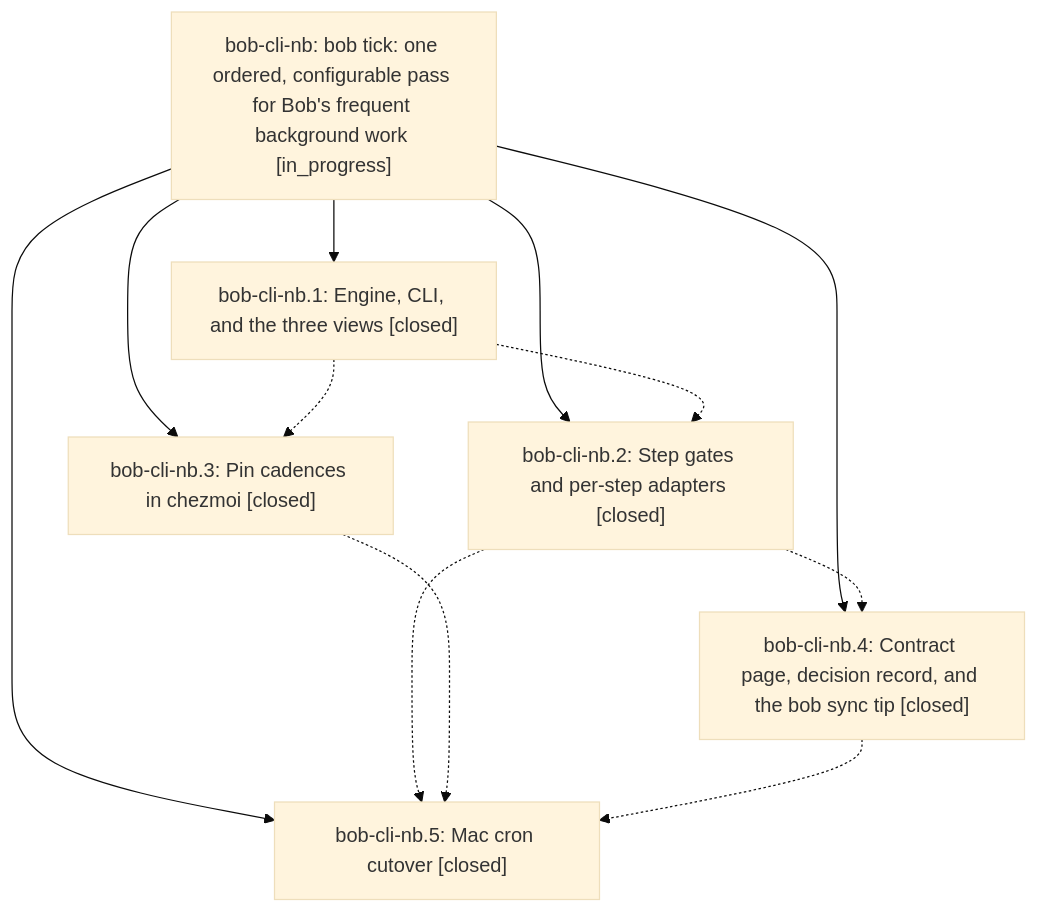
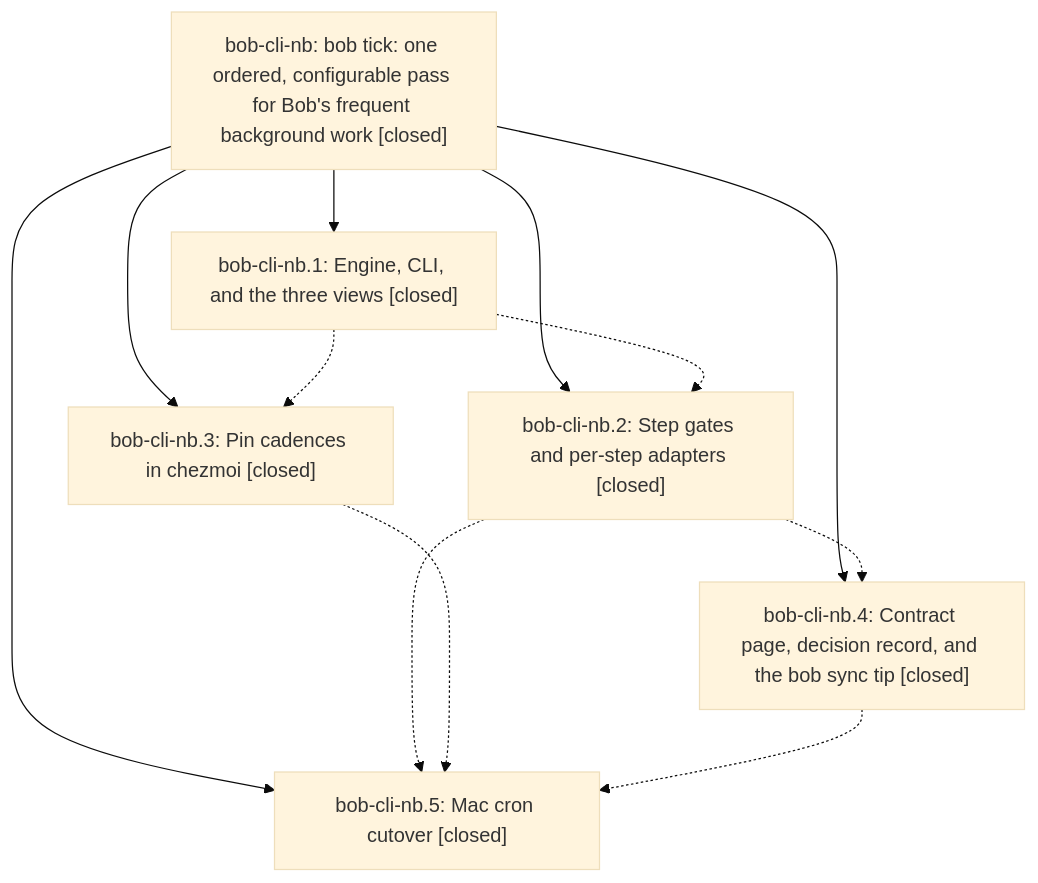
Before and after one commit to bobs-org/bob-cli--beads: the diagram in pages/bob-cli-nb/README.md, drawn with Mermaid (base theme). The commit also changed other lines of this file, not shown here.

First line of the commit message:
chore(beads): sync bead state and pages for bob-cli-nb

````diff
--- a/pages/bob-cli-nb/README.md
+++ b/pages/bob-cli-nb/README.md
@@ -40,20 +44,20 @@
 ```mermaid
 flowchart TD
-    n0["bob-cli-nb: bob tick: one ordered, configurable pass for Bob's frequent background work [in_progress]"]
+    n0["bob-cli-nb: bob tick: one ordered, configurable pass for Bob's frequent background work [closed]"]
     n1["bob-cli-nb.1: Engine, CLI, and the three views [closed]"]
     n2["bob-cli-nb.2: Step gates and per-step adapters [closed]"]
     n3["bob-cli-nb.3: Pin cadences in chezmoi [closed]"]
     n4["bob-cli-nb.4: Contract page, decision record, and the bob sync tip [closed]"]
     n5["bob-cli-nb.5: Mac cron cutover [closed]"]
     n0 --> n1
     n0 --> n2
     n0 --> n3
     n0 --> n4
     n0 --> n5
     n1 -.-> n2
     n1 -.-> n3
     n2 -.-> n4
     n2 -.-> n5
     n3 -.-> n5
     n4 -.-> n5
 ```
````
